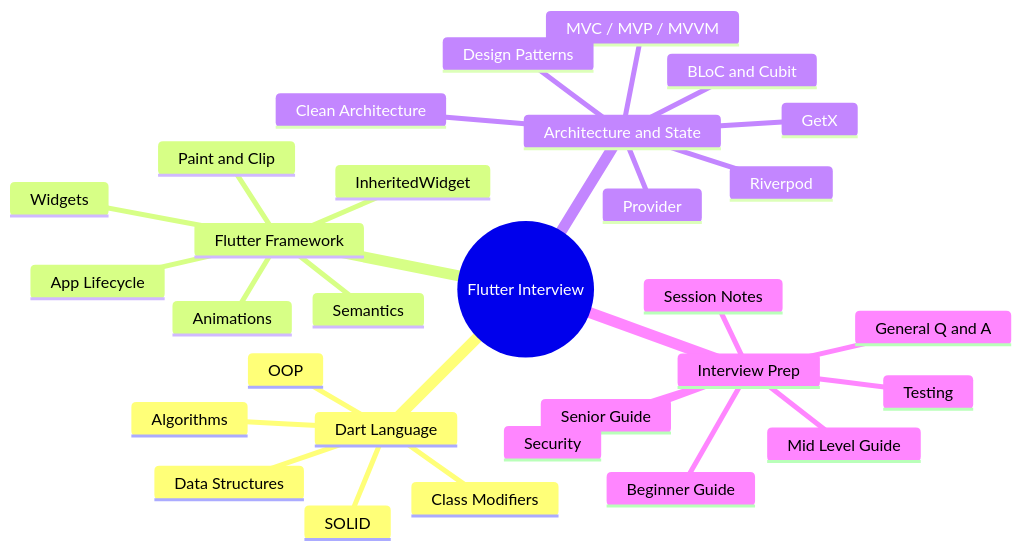
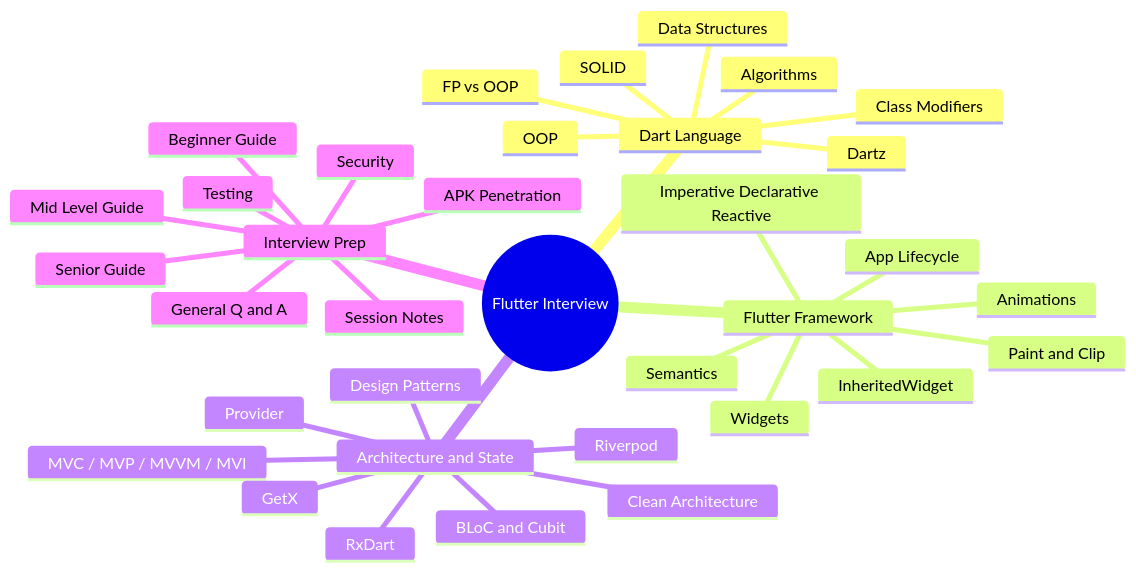
One commit to mo7amedaliEbaid/dart-flutter-interview-questions-preparation changed the diagram in README.md. Above: the diagram before and after it, drawn with Mermaid. The commit also changed other lines of this file and 36 other files, not shown here.

````diff
--- a/README.md
+++ b/README.md
@@ -26,33 +27,38 @@
 ```mermaid
 mindmap
   root((Flutter Interview))
     Dart Language
       OOP
       SOLID
       Class Modifiers
       Algorithms
       Data Structures
+      FP vs OOP
+      Dartz
     Flutter Framework
       Widgets
       Animations
       App Lifecycle
       Paint and Clip
       Semantics
       InheritedWidget
+      Imperative Declarative Reactive
     Architecture and State
-      MVC / MVP / MVVM
+      MVC / MVP / MVVM / MVI
       Clean Architecture
       Design Patterns
       BLoC and Cubit
       Riverpod
       GetX
       Provider
+      RxDart
     Interview Prep
       Beginner Guide
       Mid Level Guide
       Senior Guide
       General Q and A
       Testing
       Security
+      APK Penetration
       Session Notes
 ```
````
